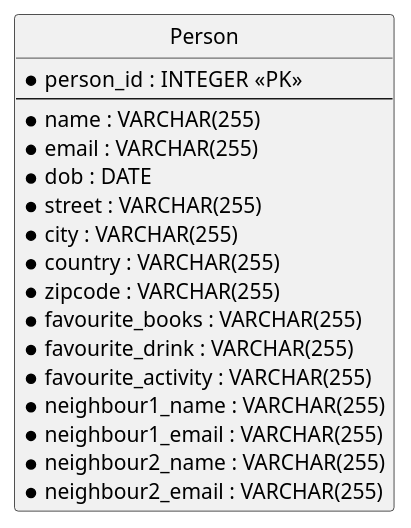
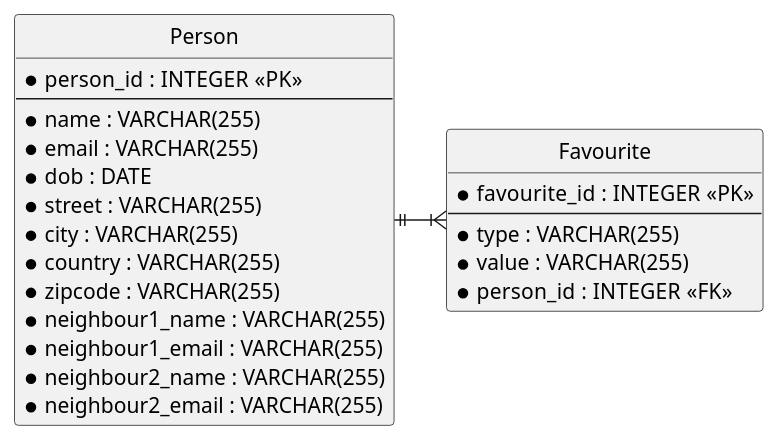
The diagram in Assessment/TASK1/1NF.plantuml (sudefidan/Advanced_Database), drawn with PlantUML before and after one commit. The commit also changed 17 other files, not shown here.

```diff
--- a/Assessment/TASK1/1NF.plantuml
+++ b/Assessment/TASK1/1NF.plantuml
@@ -1,24 +1,31 @@
 @startuml 1NF
 
 hide circle
 
 entity "Person" {
   * person_id : INTEGER  <<PK>>
   --
   * name : VARCHAR(255)
   * email : VARCHAR(255)
   * dob : DATE
   * street : VARCHAR(255)
   * city : VARCHAR(255)
   * country : VARCHAR(255)
   * zipcode : VARCHAR(255)
-  * favourite_books : VARCHAR(255)
-  * favourite_drink : VARCHAR(255)
-  * favourite_activity : VARCHAR(255)
   * neighbour1_name : VARCHAR(255)
   * neighbour1_email : VARCHAR(255)
   * neighbour2_name : VARCHAR(255)
   * neighbour2_email : VARCHAR(255)
 }
 
+entity "Favourite" {
+  * favourite_id : INTEGER  <<PK>>
+  --
+  * type : VARCHAR(255)
+  * value : VARCHAR(255)
+  * person_id : INTEGER  <<FK>>
+}
+
+Person ||-right-|{ Favourite
+
 @enduml
```
